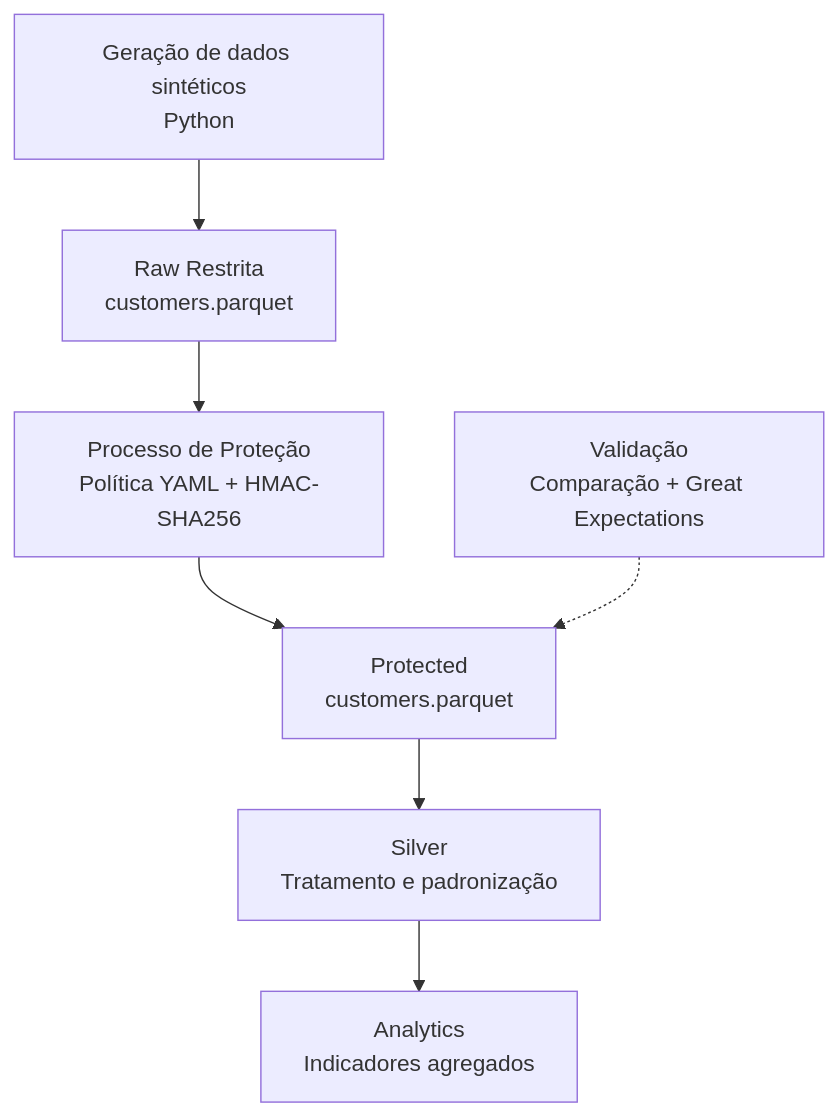
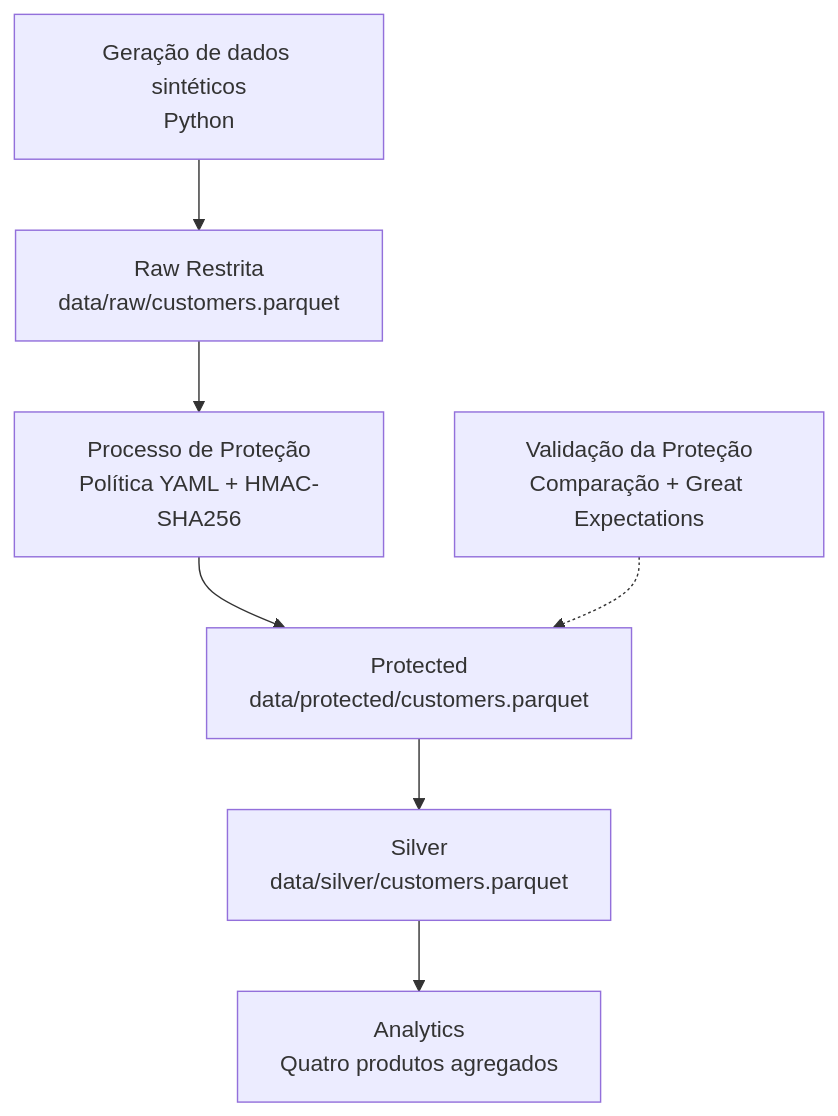
The diagram in docs/architecture.md (milenoepifanio/lgpd-data-protection-pipeline), drawn with Mermaid before and after one commit. The commit also changed other lines of this file and 17 other files, not shown here.

First line of the commit message:
feat: adiciona camadas silver e analytics

````diff
--- a/docs/architecture.md
+++ b/docs/architecture.md
@@ -71,14 +59,14 @@
 ```mermaid
 flowchart TD
-    A["Geração de dados sintéticos<br/>Python"] --> B["Raw Restrita<br/>customers.parquet"]
+    A["Geração de dados sintéticos<br/>Python"] --> B["Raw Restrita<br/>data/raw/customers.parquet"]
 
     B --> C["Processo de Proteção<br/>Política YAML + HMAC-SHA256"]
 
-    C --> D["Protected<br/>customers.parquet"]
+    C --> D["Protected<br/>data/protected/customers.parquet"]
 
-    D --> E["Silver<br/>Tratamento e padronização"]
+    D --> E["Silver<br/>data/silver/customers.parquet"]
 
-    E --> F["Analytics<br/>Indicadores agregados"]
+    E --> F["Analytics<br/>Quatro produtos agregados"]
 
-    G["Validação<br/>Comparação + Great Expectations"] -.-> D
+    G["Validação da Proteção<br/>Comparação + Great Expectations"] -.-> D
 ```
````
